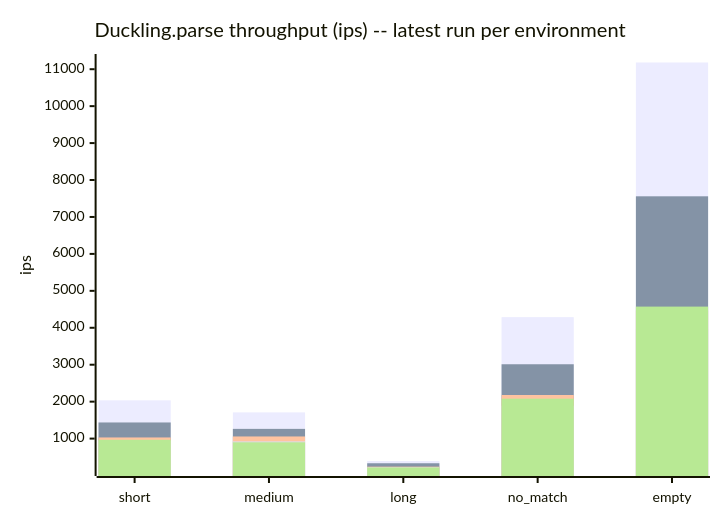
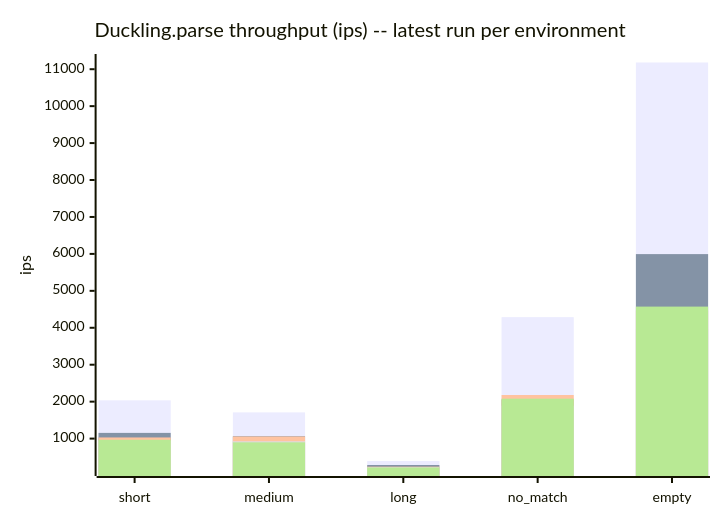
The sixth of 7 diagrams in docs/benchmarks/README.md (cpb/duckling), drawn with Mermaid before and after one commit. The commit also changed other lines of this file and 1 other file, not shown here.

Commit message:
bench: record claude-code-web data point for 0.3.0-rc3

````diff
--- a/docs/benchmarks/README.md
+++ b/docs/benchmarks/README.md
@@ -211,11 +211,11 @@
 ```mermaid
 xychart-beta
     title "Duckling.parse throughput (ips) -- latest run per environment"
     x-axis [short, medium, long, no_match, empty]
     y-axis "ips"
     bar "github-actions" [2035.5, 1709.8, 393.8, 4287.8, 11181.6]
-    bar "claude-code-web" [1436.5, 1263.2, 332.2, 3012.4, 7559.1]
+    bar "claude-code-web" [1154.4, 1064.6, 284.8, 2058.0, 5994.3]
     bar "local-3.3" [1030.7, 1057.5, 239.6, 2179.9, 4469.7]
     bar "local-3.4" [946.5, 927.0, 225.1, 1890.6, 3972.7]
     bar "local-4.0" [967.4, 898.1, 217.3, 2080.4, 4573.2]
 ```
````
